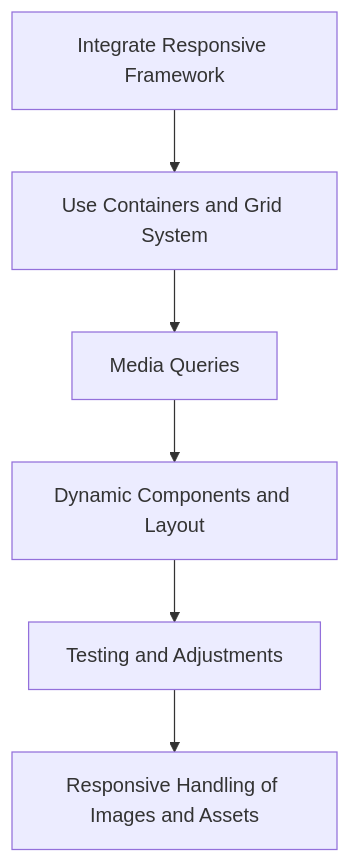
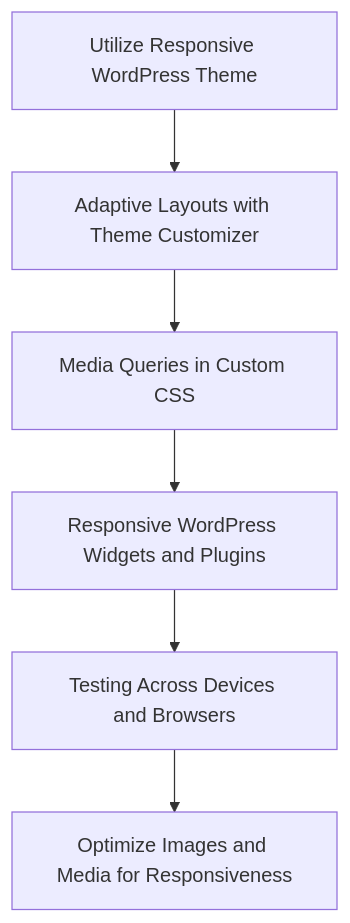
The third of 9 diagrams in experiment-and-design/2-bti-architecture.md (BTI-US/BTI-Gitbook), drawn with Mermaid before and after one commit. The commit also changed other lines of this file and 5 other files, not shown here.

````diff
--- a/experiment-and-design/2-bti-architecture.md
+++ b/experiment-and-design/2-bti-architecture.md
@@ -248,8 +162,8 @@
 ```mermaid
 graph TD
-    A[Integrate Responsive Framework] --> B[Use Containers and Grid System]
-    B --> C[Media Queries]
-    C --> D[Dynamic Components and Layout]
-    D --> E[Testing and Adjustments]
-    E --> F[Responsive Handling of Images and Assets]
+    A[Utilize Responsive WordPress Theme] --> B[Adaptive Layouts with Theme Customizer]
+    B --> C[Media Queries in Custom CSS]
+    C --> D[Responsive WordPress Widgets and Plugins]
+    D --> E[Testing Across Devices and Browsers]
+    E --> F[Optimize Images and Media for Responsiveness]
 ```
````
